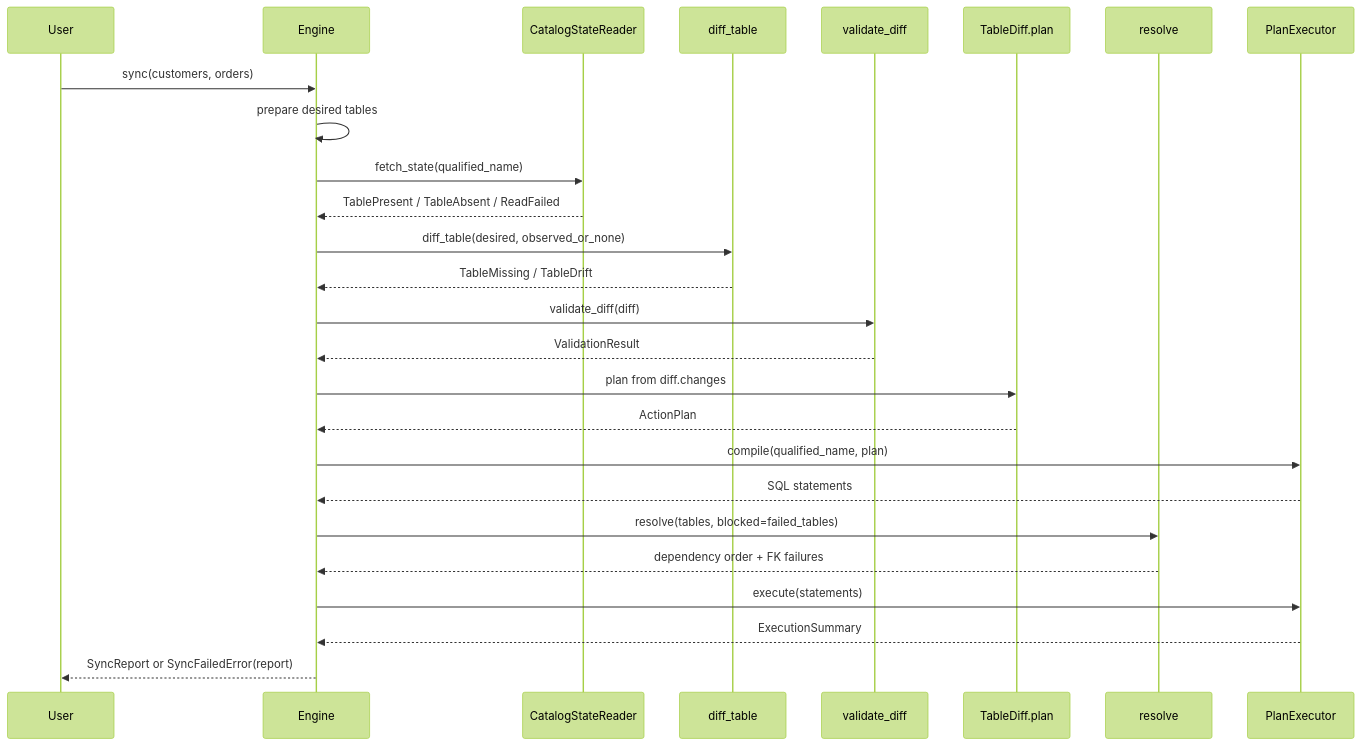
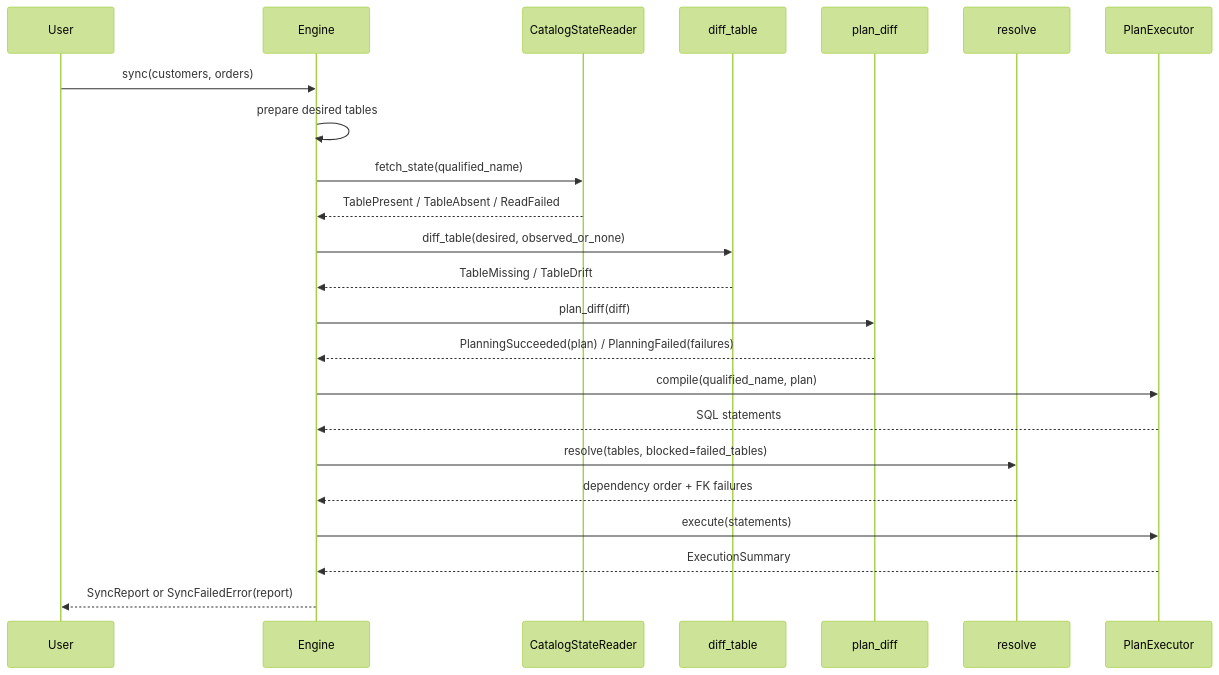
The third of 5 diagrams in docs/explanation-architecture.md (Tomoscorbin/delta-engine), drawn with Mermaid (forest theme) before and after one commit. The commit also changed other lines of this file and 26 other files, not shown here.

````diff
--- a/docs/explanation-architecture.md
+++ b/docs/explanation-architecture.md
@@ -234,29 +235,26 @@
 ```mermaid
 sequenceDiagram
     participant User
     participant Engine
     participant Reader as CatalogStateReader
     participant Differ as diff_table
-    participant Validator as validate_diff
-    participant Planner as TableDiff.plan
+    participant Planner as plan_diff
     participant Resolver as resolve
     participant Executor as PlanExecutor
 
     User->>Engine: sync(customers, orders)
     Engine->>Engine: prepare desired tables
     Engine->>Reader: fetch_state(qualified_name)
     Reader-->>Engine: TablePresent / TableAbsent / ReadFailed
     Engine->>Differ: diff_table(desired, observed_or_none)
     Differ-->>Engine: TableMissing / TableDrift
-    Engine->>Validator: validate_diff(diff)
-    Validator-->>Engine: ValidationResult
-    Engine->>Planner: plan from diff.changes
-    Planner-->>Engine: ActionPlan
+    Engine->>Planner: plan_diff(diff)
+    Planner-->>Engine: PlanningSucceeded(plan) / PlanningFailed(failures)
     Engine->>Executor: compile(qualified_name, plan)
     Executor-->>Engine: SQL statements
     Engine->>Resolver: resolve(tables, blocked=failed_tables)
     Resolver-->>Engine: dependency order + FK failures
     Engine->>Executor: execute(statements)
     Executor-->>Engine: ExecutionSummary
     Engine-->>User: SyncReport or SyncFailedError(report)
 ```
````
